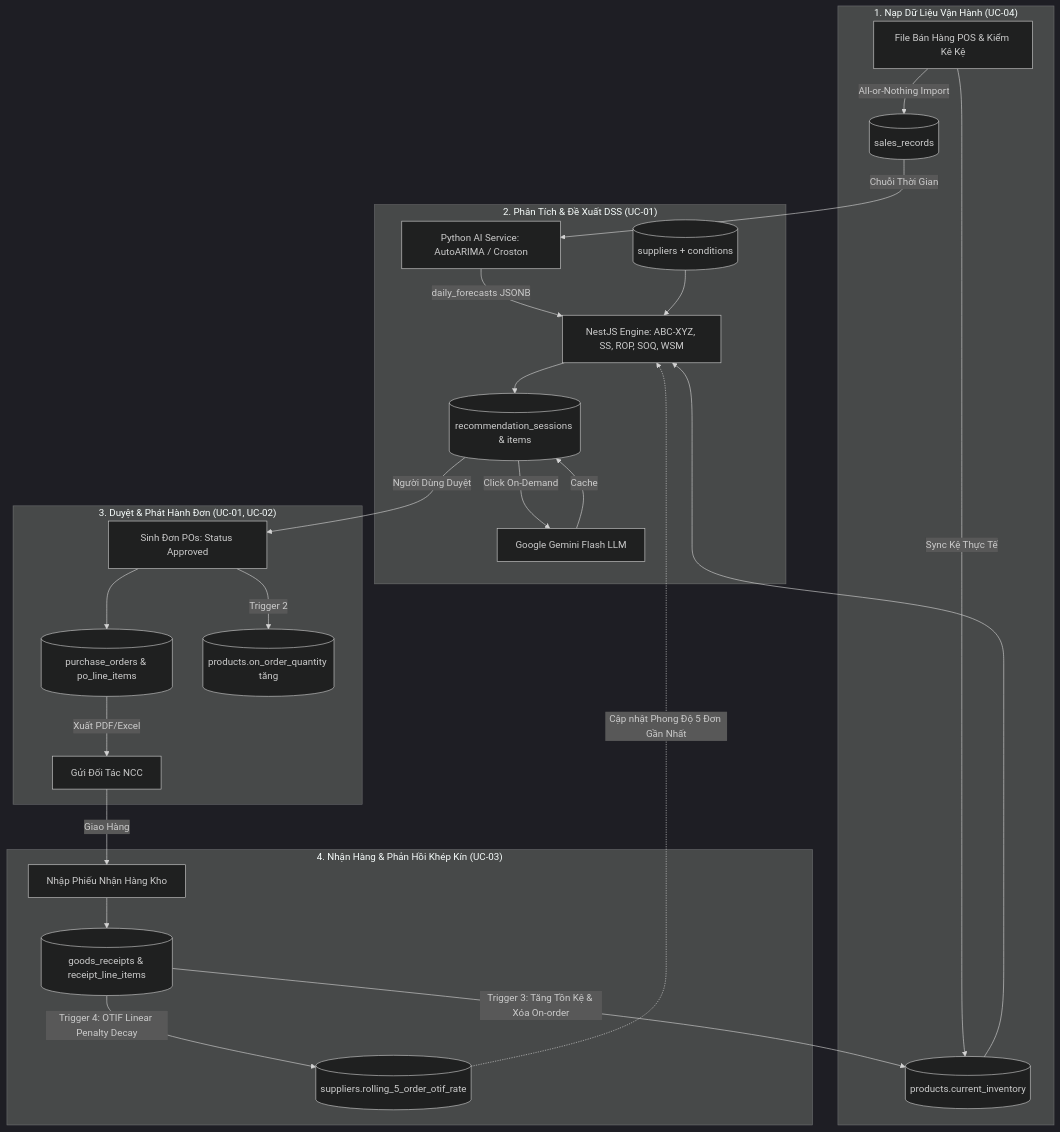
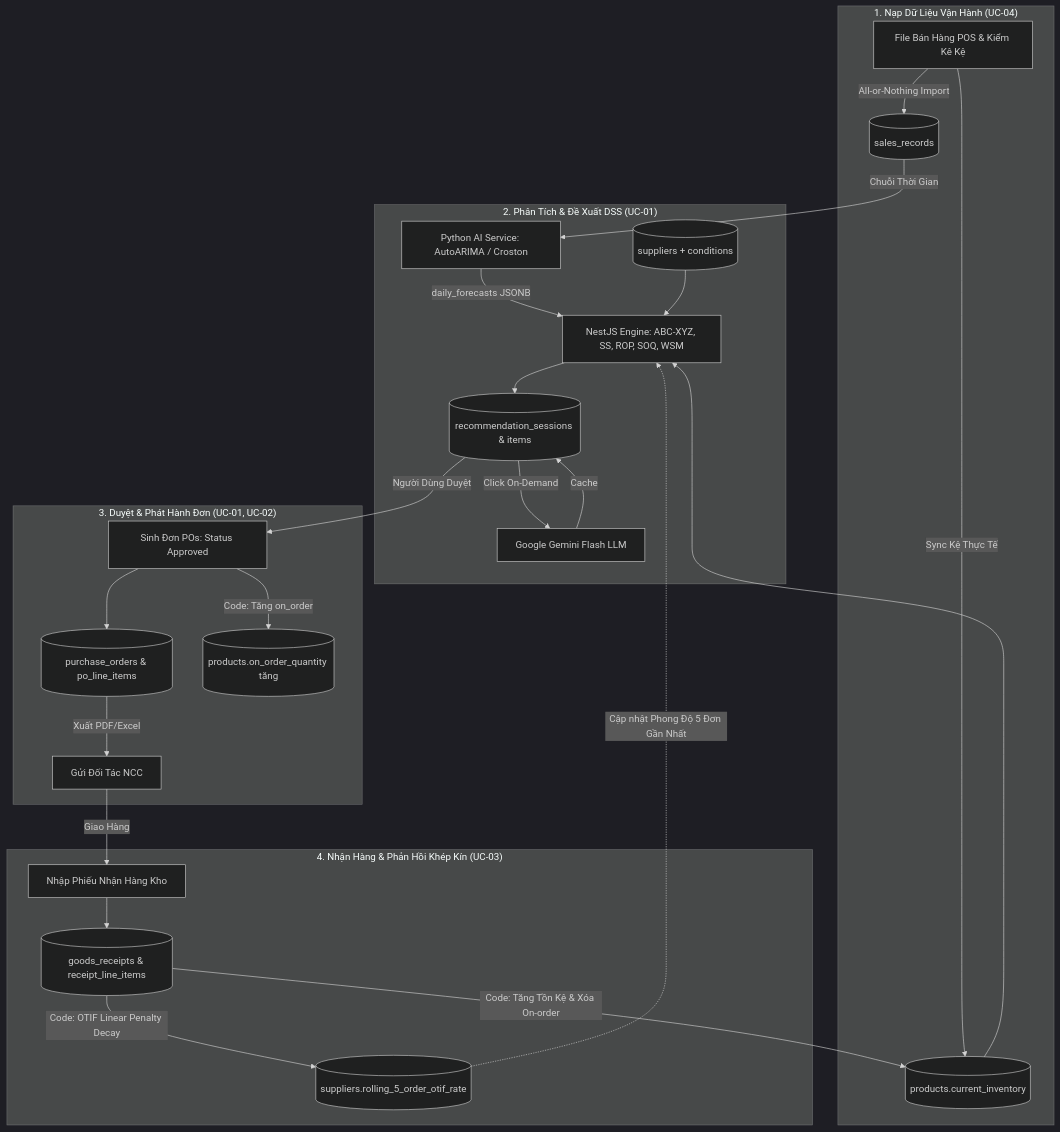
Before and after one commit to wolf205/dss-ai-Purchase-wolf205: the third of 3 diagrams in docs/technical/architecture.md, drawn with Mermaid (dark theme). The commit also changed other lines of this file and 8 other files, not shown here.

````diff
--- a/docs/technical/architecture.md
+++ b/docs/technical/architecture.md
@@ -100,31 +100,31 @@
 ```mermaid
 graph TD
     subgraph G1 ["1. Nạp Dữ Liệu Vận Hành (UC-04)"]
         IMPORT[File Bán Hàng POS & Kiểm Kê Kệ] -->|All-or-Nothing Import| SR[(sales_records)]
         IMPORT -->|Sync Kệ Thực Tế| PROD[(products.current_inventory)]
     end
 
     subgraph G2 ["2. Phân Tích & Đề Xuất DSS (UC-01)"]
         SR -->|Chuỗi Thời Gian| AI_SVC[Python AI Service: AutoARIMA / Croston]
         AI_SVC -->|daily_forecasts JSONB| CALC[NestJS Engine: ABC-XYZ, SS, ROP, SOQ, WSM]
         PROD & SUPP[(suppliers + conditions)] --> CALC
         CALC --> SESS[(recommendation_sessions & items)]
         SESS -->|Click On-Demand| GEMINI[Google Gemini Flash LLM]
         GEMINI -->|Cache| SESS
     end
 
     subgraph G3 ["3. Duyệt & Phát Hành Đơn (UC-01, UC-02)"]
         SESS -->|Người Dùng Duyệt| PO_CREATE[Sinh Đơn POs: Status Approved]
         PO_CREATE --> PO[(purchase_orders & po_line_items)]
-        PO_CREATE -->|Trigger 2| PROD_ON[(products.on_order_quantity tăng)]
+        PO_CREATE -->|Code: Tăng on_order| PROD_ON[(products.on_order_quantity tăng)]
         PO -->|Xuất PDF/Excel| PARTNER[Gửi Đối Tác NCC]
     end
 
     subgraph G4 ["4. Nhận Hàng & Phản Hồi Khép Kín (UC-03)"]
         PARTNER -->|Giao Hàng| RECEIPT[Nhập Phiếu Nhận Hàng Kho]
         RECEIPT --> GR[(goods_receipts & receipt_line_items)]
-        GR -->|Trigger 3: Tăng Tồn Kệ & Xóa On-order| PROD
-        GR -->|Trigger 4: OTIF Linear Penalty Decay| SUPP_PERF[(suppliers.rolling_5_order_otif_rate)]
+        GR -->|Code: Tăng Tồn Kệ & Xóa On-order| PROD
+        GR -->|Code: OTIF Linear Penalty Decay| SUPP_PERF[(suppliers.rolling_5_order_otif_rate)]
         SUPP_PERF -.->|Cập nhật Phong Độ 5 Đơn Gần Nhất| CALC
     end
 ```
````
